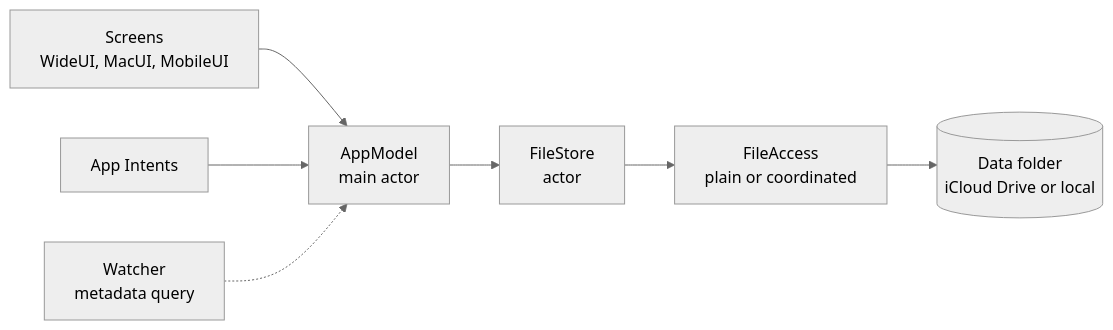
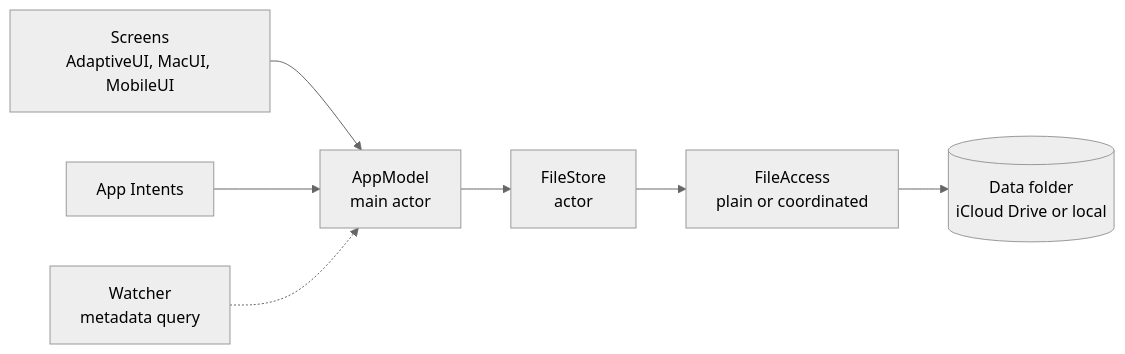
The diagram in docs/architecture.md (j23n/makeitrain), drawn with Mermaid (neutral theme) before and after one commit. The commit also changed other lines of this file and 43 other files, not shown here.

First line of the commit message:
Rename WideUI to AdaptiveUI

````diff
--- a/docs/architecture.md
+++ b/docs/architecture.md
@@ -21,9 +21,9 @@
 ```mermaid
 flowchart LR
-  V[Screens<br/>WideUI, MacUI, MobileUI] --> M[AppModel<br/>main actor]
+  V[Screens<br/>AdaptiveUI, MacUI, MobileUI] --> M[AppModel<br/>main actor]
   I[App Intents] --> M
   M --> S[FileStore<br/>actor]
   S --> A[FileAccess<br/>plain or coordinated]
   A --> F[(Data folder<br/>iCloud Drive or local)]
   W[Watcher<br/>metadata query] -.-> M
 ```
````
